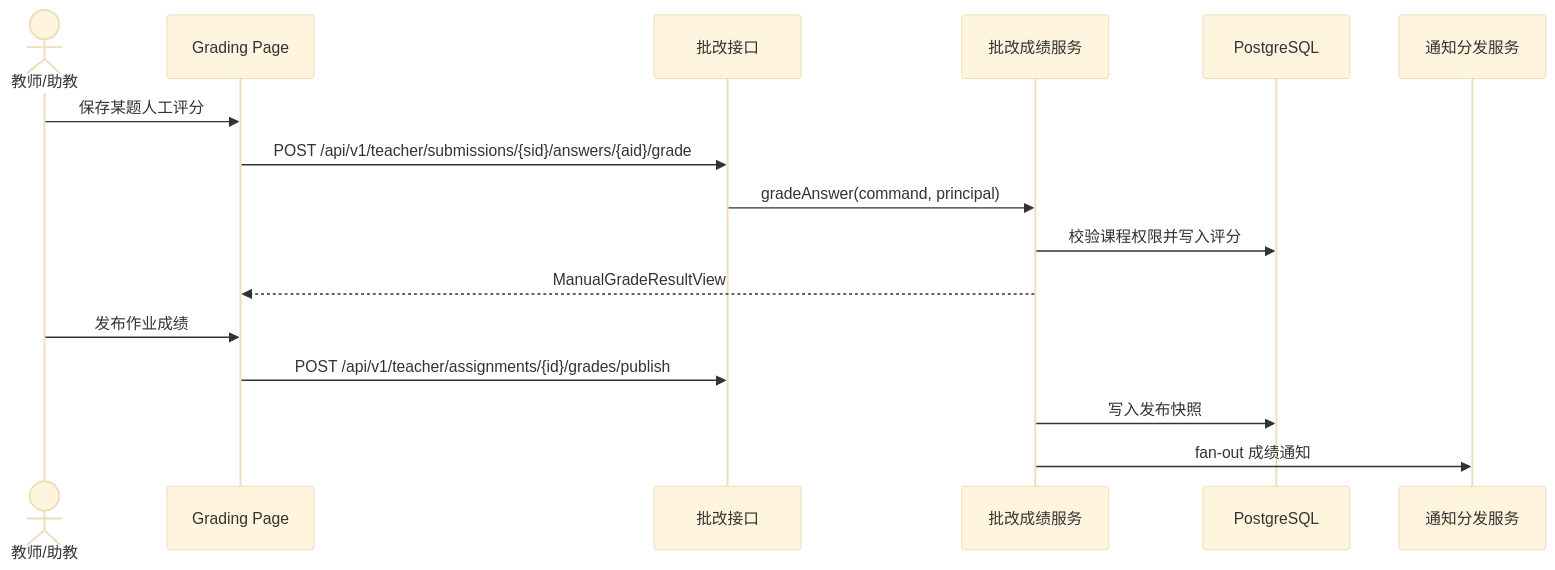
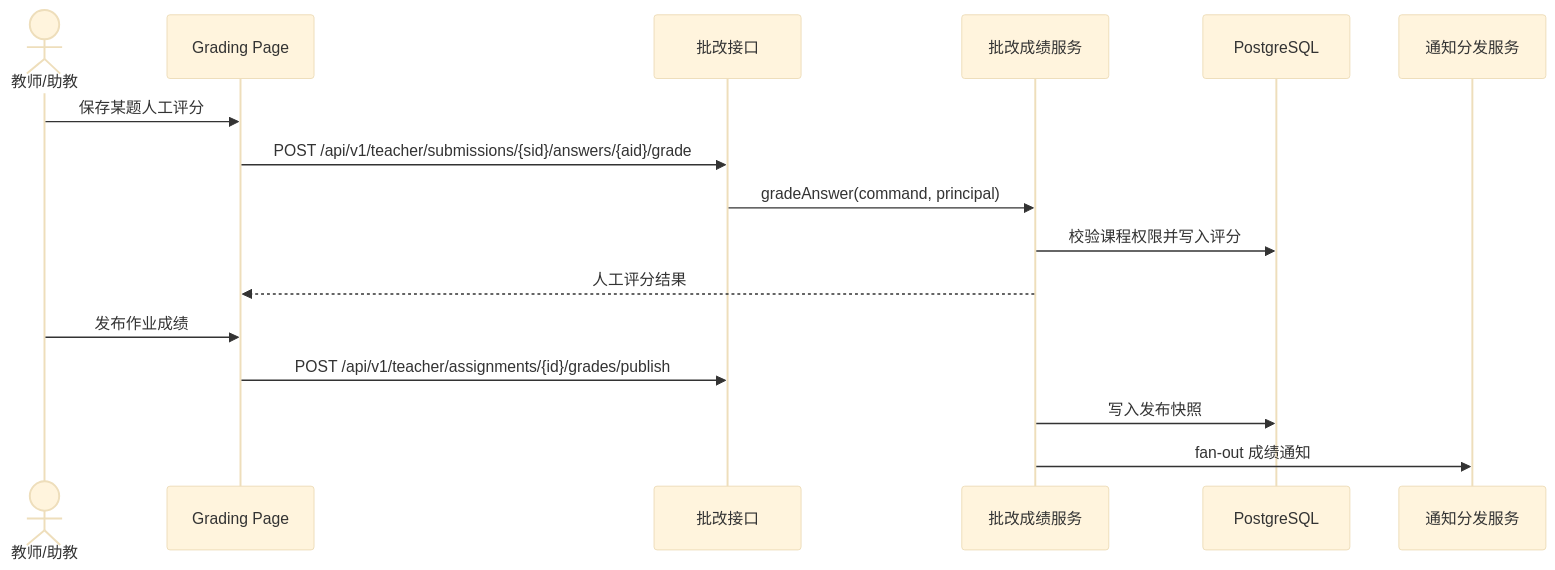
One commit to BUAA-SEProject/docs changed diagram 16 of 36 in 02-process-docs/detailed-design.md. Above: the diagram before and after it, drawn with Mermaid (base theme). The commit also changed other lines of this file and 3 other files, not shown here.

````diff
--- a/02-process-docs/detailed-design.md
+++ b/02-process-docs/detailed-design.md
@@ -384,19 +384,19 @@
 ```mermaid
 sequenceDiagram
   actor T as 教师/助教
   participant W as Grading Page
   participant C as 批改接口
   participant S as 批改成绩服务
   participant DB as PostgreSQL
   participant N as 通知分发服务
 
   T->>W: 保存某题人工评分
   W->>C: POST /api/v1/teacher/submissions/{sid}/answers/{aid}/grade
   C->>S: gradeAnswer(command, principal)
   S->>DB: 校验课程权限并写入评分
-  S-->>W: ManualGradeResultView
+  S-->>W: 人工评分结果
   T->>W: 发布作业成绩
   W->>C: POST /api/v1/teacher/assignments/{id}/grades/publish
   S->>DB: 写入发布快照
   S->>N: fan-out 成绩通知
 ```
````
